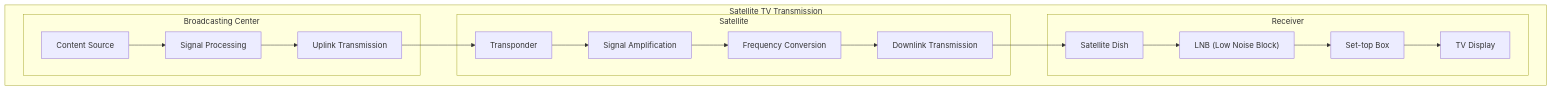
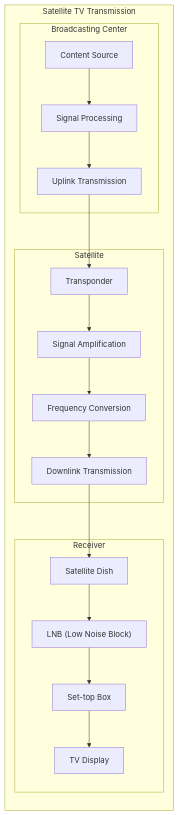
The sixth of 28 diagrams in Computer_Network/problems/SOLUTION3.md (TaiChi112/Documents), drawn with Mermaid before and after one commit.

````diff
--- a/Computer_Network/problems/SOLUTION3.md
+++ b/Computer_Network/problems/SOLUTION3.md
@@ -158,31 +158,31 @@
 ```mermaid
-graph TB
+graph LR
     subgraph "Satellite TV Transmission"
         subgraph "Broadcasting Center"
             B1[Content Source]
             B2[Signal Processing]
             B3[Uplink Transmission]
         end
         
         subgraph "Satellite"
             S1[Transponder]
             S2[Signal Amplification]
             S3[Frequency Conversion]
             S4[Downlink Transmission]
         end
         
         subgraph "Receiver"
             R1[Satellite Dish]
             R2["LNB (Low Noise Block)"]
             R3[Set-top Box]
             R4[TV Display]
         end
         
         B1 --> B2 --> B3 --> S1 --> S2 --> S3 --> S4 --> R1 --> R2 --> R3 --> R4
     end
     
     %% style B2 fill:#ff9999
     %% style S2 fill:#ff9999
     %% style R2 fill:#99ccff
     %% style R3 fill:#99ccff
 ```
````
